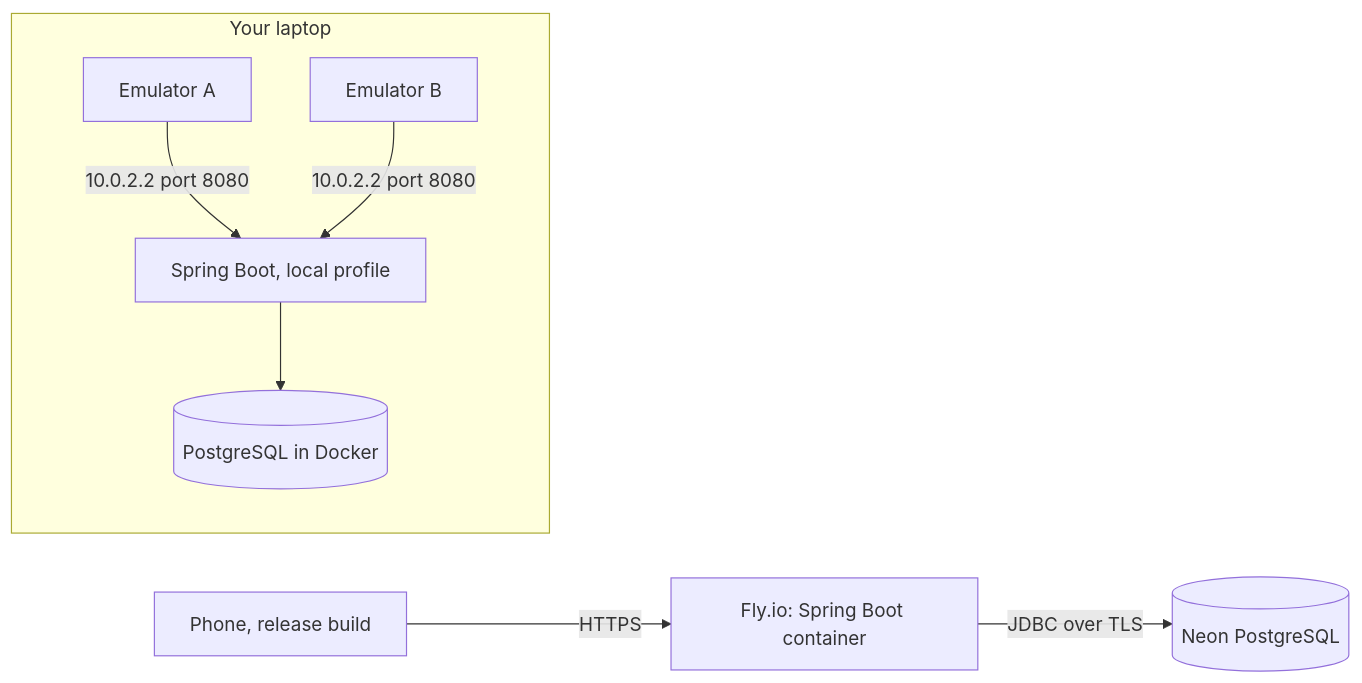
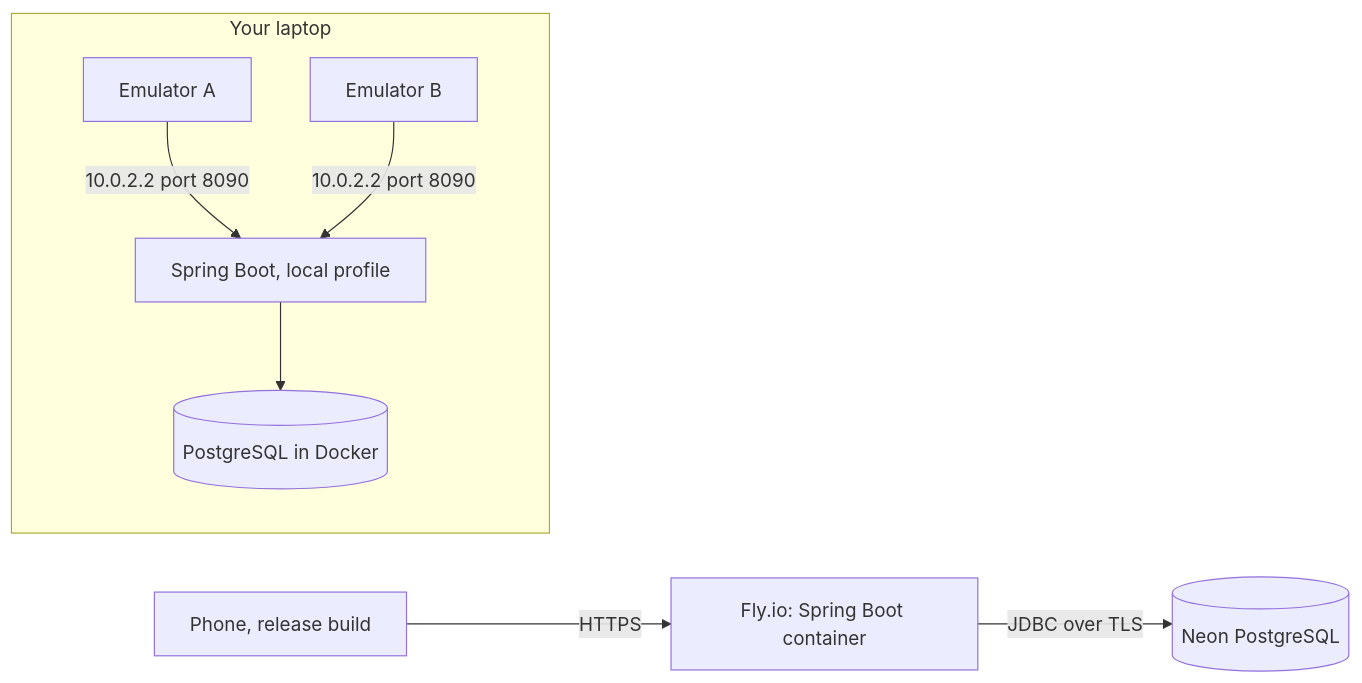
Before and after one commit to aceeejlrz/syncNotes: the tenth of 10 diagrams in ARCHITECTURE.md, drawn with Mermaid. The commit also changed other lines of this file and 3 other files, not shown here.

````diff
--- a/ARCHITECTURE.md
+++ b/ARCHITECTURE.md
@@ -1981,14 +1983,14 @@
 ```mermaid
 flowchart LR
     subgraph Laptop["Your laptop"]
         EA["Emulator A"]
         EB["Emulator B"]
         SB["Spring Boot, local profile"]
         PGL[("PostgreSQL in Docker")]
         SB --> PGL
     end
-    EA -- "10.0.2.2 port 8080" --> SB
-    EB -- "10.0.2.2 port 8080" --> SB
+    EA -- "10.0.2.2 port 8090" --> SB
+    EB -- "10.0.2.2 port 8090" --> SB
     Phone["Phone, release build"] -- "HTTPS" --> Fly["Fly.io: Spring Boot container"]
     Fly -- "JDBC over TLS" --> Neon[("Neon PostgreSQL")]
 ```
````
